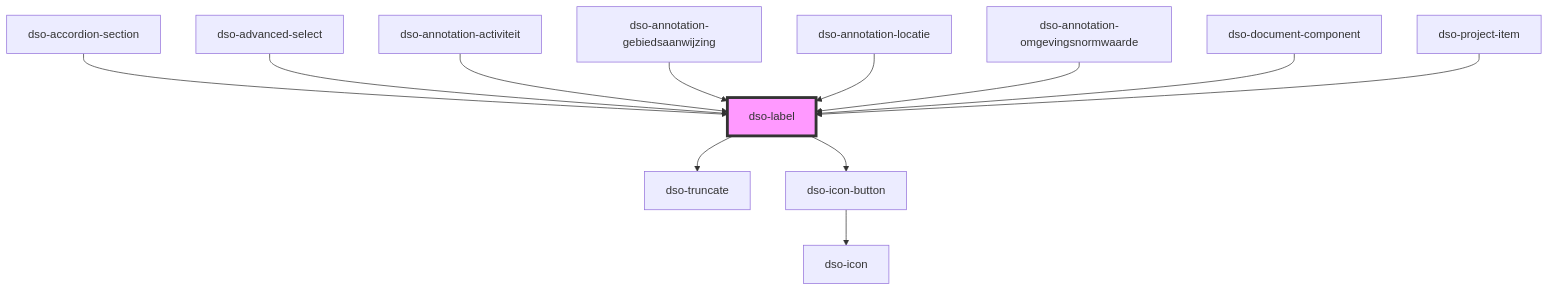
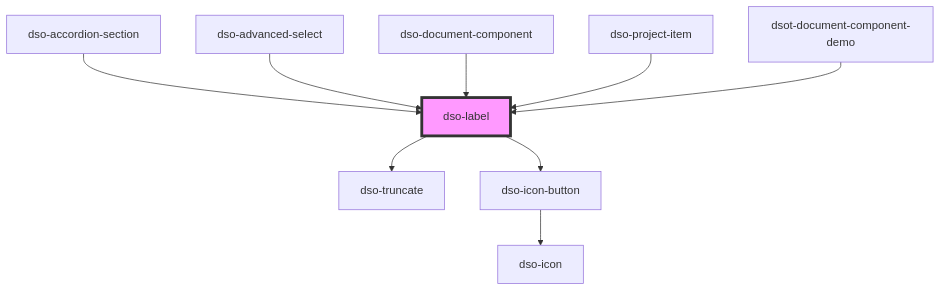
The diagram in packages/core/src/components/label/readme.md (dso-toolkit/dso-toolkit), drawn with Mermaid before and after one commit. The commit also changed other lines of this file and 20 other files, not shown here.

Commit message:
#4033 [Changed] Annotation: Label moet kunnen worden aangepast

````diff
--- a/packages/core/src/components/label/readme.md
+++ b/packages/core/src/components/label/readme.md
@@ -58,15 +55,12 @@
 ```mermaid
 graph TD;
   dso-label --> dso-truncate
   dso-label --> dso-icon-button
   dso-icon-button --> dso-icon
   dso-accordion-section --> dso-label
   dso-advanced-select --> dso-label
-  dso-annotation-activiteit --> dso-label
-  dso-annotation-gebiedsaanwijzing --> dso-label
-  dso-annotation-locatie --> dso-label
-  dso-annotation-omgevingsnormwaarde --> dso-label
   dso-document-component --> dso-label
   dso-project-item --> dso-label
+  dsot-document-component-demo --> dso-label
   style dso-label fill:#f9f,stroke:#333,stroke-width:4px
 ```
````
